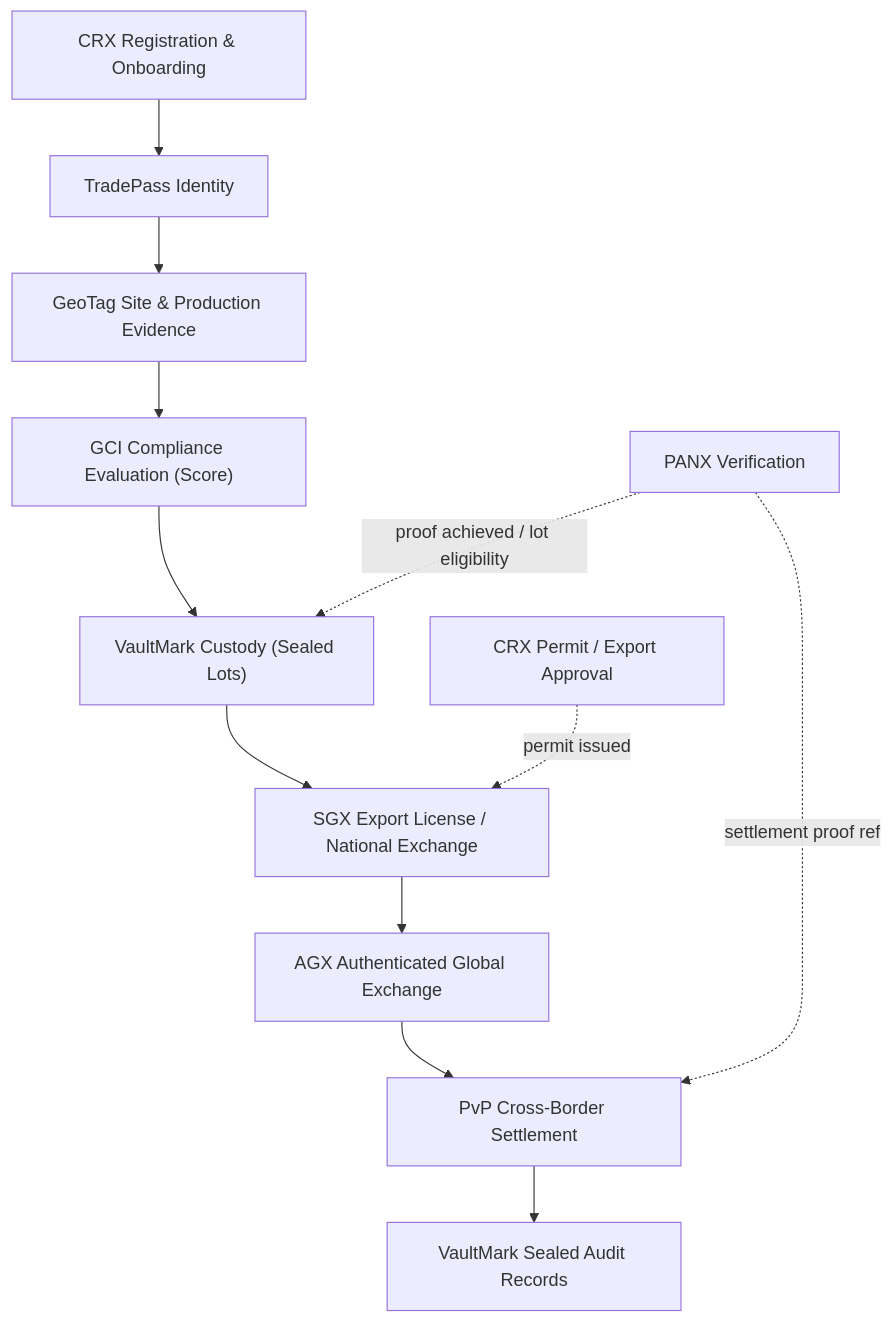
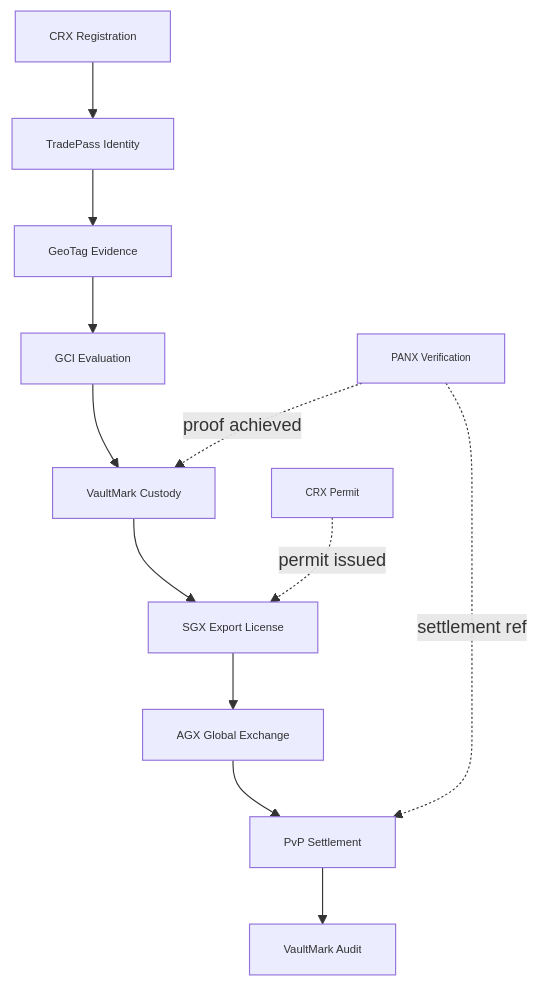
Before and after one commit to gtcx-protocol/gtcx-ecosystem-agile: the tenth of 14 diagrams in README.md, drawn with Mermaid.

Commit message:
docs(readme): shrink end-to-end flowchart with smaller labels (Mermaid classDef)

````diff
--- a/README.md
+++ b/README.md
@@ -456,18 +456,21 @@
 ```mermaid
 flowchart TD
-  CRX["CRX Registration & Onboarding"] --> TP["TradePass Identity"]
-  TP --> GT["GeoTag Site & Production Evidence"]
-  GT --> GCI["GCI Compliance Evaluation (Score)"]
-  GCI --> VM["VaultMark Custody (Sealed Lots)"]
-  VM --> SGX["SGX Export License / National Exchange"]
-  SGX --> AGX["AGX Authenticated Global Exchange"]
-  AGX --> PVP["PvP Cross‑Border Settlement"]
-  PVP --> VM2["VaultMark Sealed Audit Records"]
+  classDef small font-size:10px,stroke-width:1px;
+  classDef tiny font-size:9px,stroke-width:1px;
+
+  CRX["CRX Registration"]:::small --> TP["TradePass Identity"]:::small
+  TP --> GT["GeoTag Evidence"]:::small
+  GT --> GCI["GCI Evaluation"]:::small
+  GCI --> VM["VaultMark Custody"]:::small
+  VM --> SGX["SGX Export License"]:::small
+  SGX --> AGX["AGX Global Exchange"]:::small
+  AGX --> PVP["PvP Settlement"]:::small
+  PVP --> VM2["VaultMark Audit"]:::small
 
   %% Gates (dashed control links)
-  PANX["PANX Verification"]
-  CRXGATE["CRX Permit / Export Approval"]
-  PANX -.->|proof achieved / lot eligibility| VM
+  PANX["PANX Verification"]:::tiny
+  CRXGATE["CRX Permit"]:::tiny
+  PANX -.->|proof achieved| VM
   CRXGATE -.->|permit issued| SGX
-  PANX -.->|settlement proof ref| PVP
+  PANX -.->|settlement ref| PVP
 ```
````
